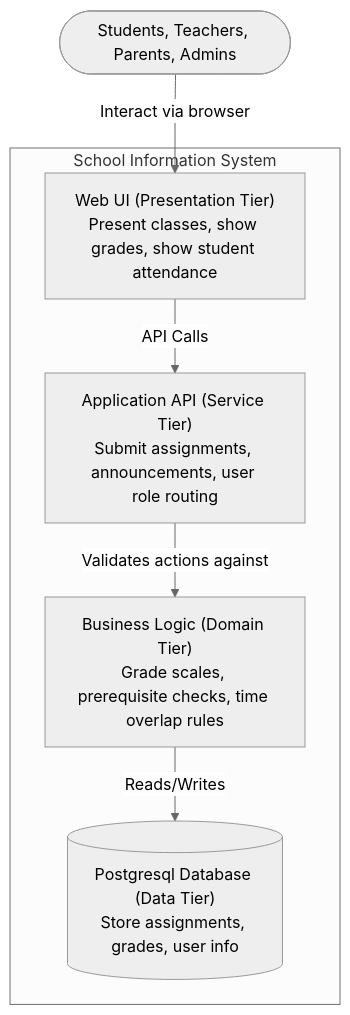
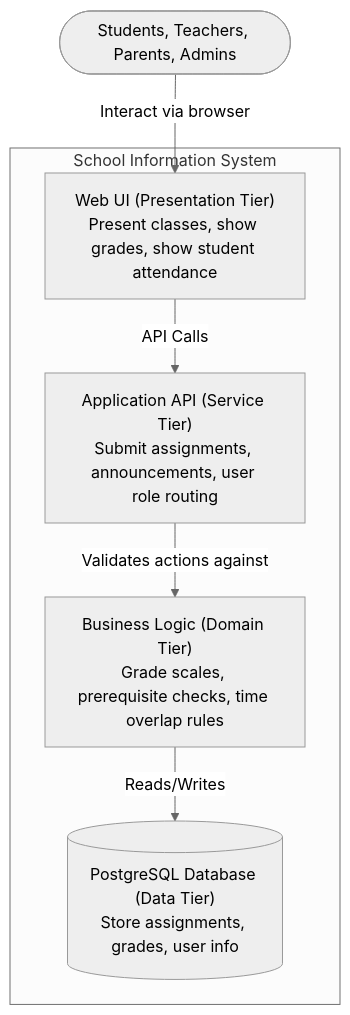
One commit to JosephGabrie/cen5064-project-JosephGabrie changed the second of 4 diagrams in README.md. Above: the diagram before and after it, drawn with Mermaid (neutral theme).

Commit message:
L2 studio: C4 + class diagram

````diff
--- a/README.md
+++ b/README.md
@@ -62,19 +62,19 @@
 ```mermaid
 %% Container view: your containers should match the tier table above.
 flowchart TB
     Users([Students, Teachers, Parents, Admins]) --> |Interact via browser| ui
 
     subgraph SIS [School Information System]
         ui["Web UI (Presentation Tier)<br/>Present classes, show grades, show student attendance"] 
         
         api["Application API (Service Tier)<br/>Submit assignments, announcements, user role routing"]
         
         domain["Business Logic (Domain Tier)<br/>Grade scales, prerequisite checks, time overlap rules"]
         
-        db[("Postgresql Database (Data Tier)<br/>Store assignments, grades, user info")]
+        db[("PostgreSQL Database (Data Tier)<br/>Store assignments, grades, user info")]
 
         ui -->|API Calls| api
         api -->|Validates actions against| domain
         domain -->|Reads/Writes| db
     end
 ```
````
